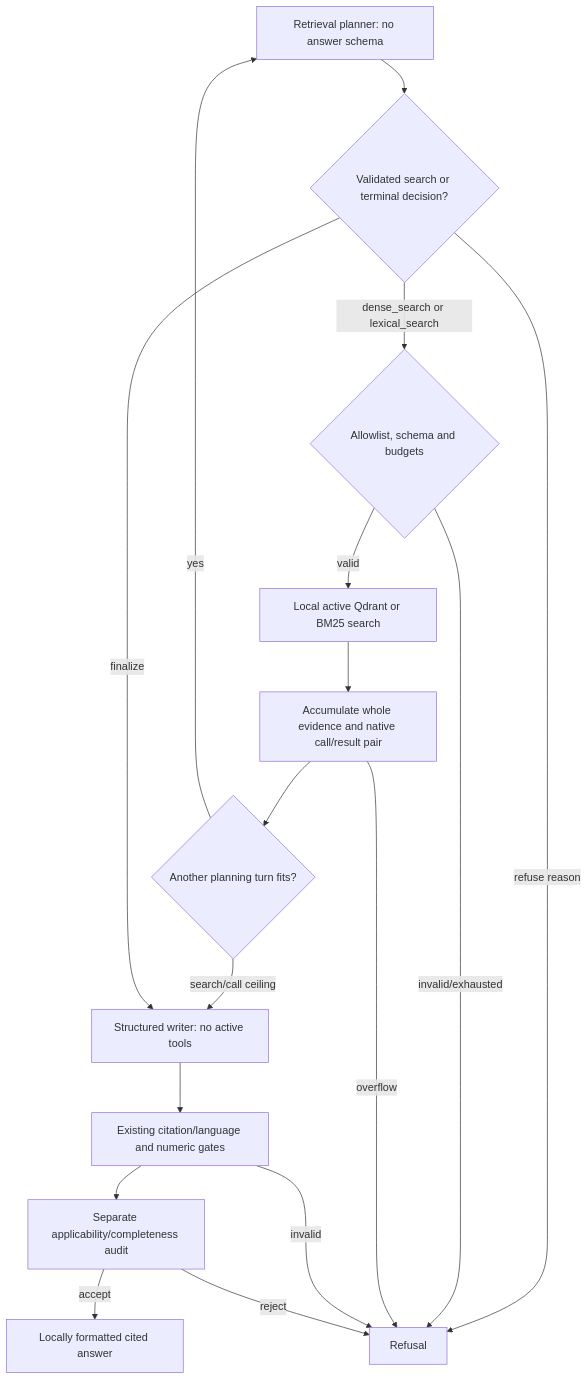
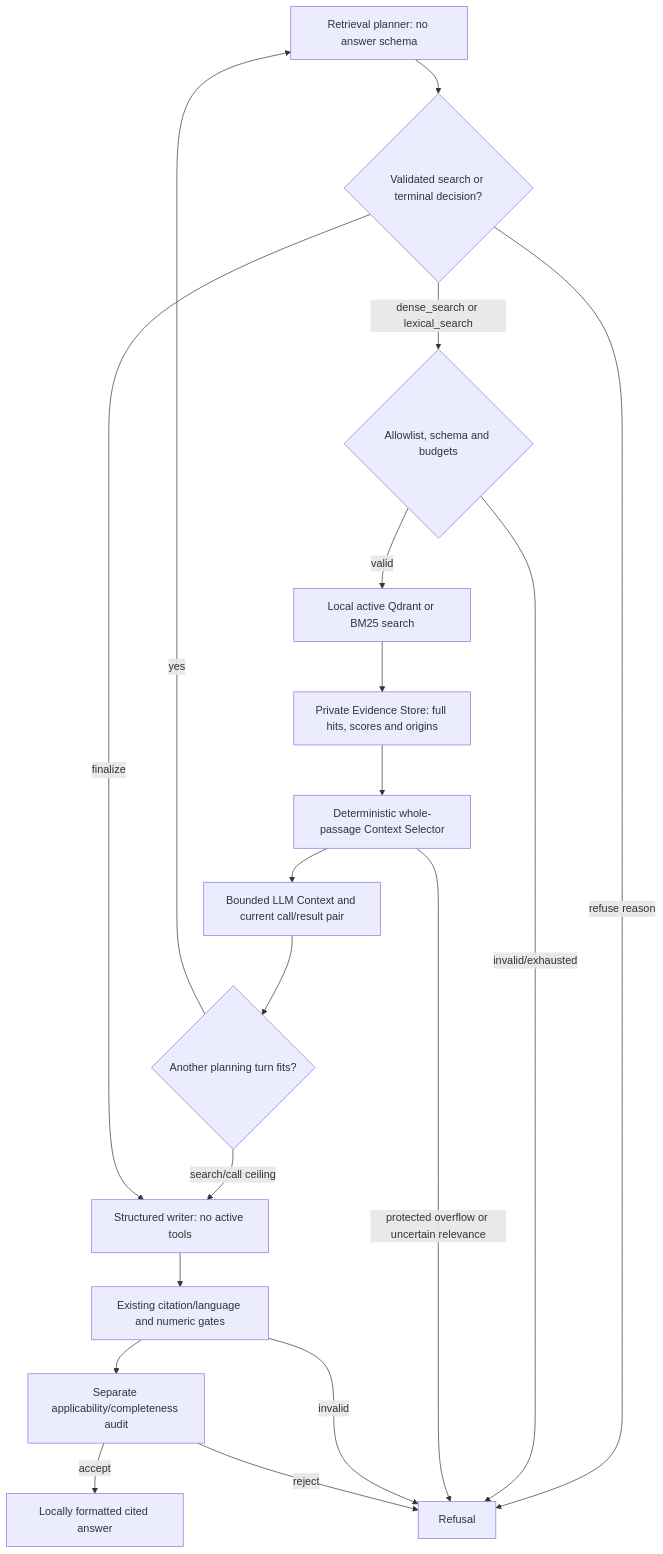
Before and after one commit to cryptoadya/garage-rag: the second of 2 diagrams in docs/architecture.md, drawn with Mermaid. The commit also changed other lines of this file and 7 other files, not shown here.

Commit message:
fix(agentic): separate evidence storage and bounded context selection

````diff
--- a/docs/architecture.md
+++ b/docs/architecture.md
@@ -105,19 +105,21 @@
 ```mermaid
 flowchart TD
     M[Retrieval planner: no answer schema] --> C{Validated search or terminal decision?}
     C -- dense_search or lexical_search --> G{Allowlist, schema and budgets}
     G -- valid --> L[Local active Qdrant or BM25 search]
-    L --> E[Accumulate whole evidence and native call/result pair]
-    E --> B{Another planning turn fits?}
+    L --> E[Private Evidence Store: full hits, scores and origins]
+    E --> S[Deterministic whole-passage Context Selector]
+    S --> X[Bounded LLM Context and current call/result pair]
+    X --> B{Another planning turn fits?}
     B -- yes --> M
     B -- search/call ceiling --> D[Structured writer: no active tools]
     C -- finalize --> D
     C -- refuse reason --> F[Refusal]
     D --> V[Existing citation/language and numeric gates]
     V --> A[Separate applicability/completeness audit]
     A -- accept --> O[Locally formatted cited answer]
     G -- invalid/exhausted --> F
-    E -- overflow --> F
+    S -- protected overflow or uncertain relevance --> F
     V -- invalid --> F
     A -- reject --> F
 ```
````
